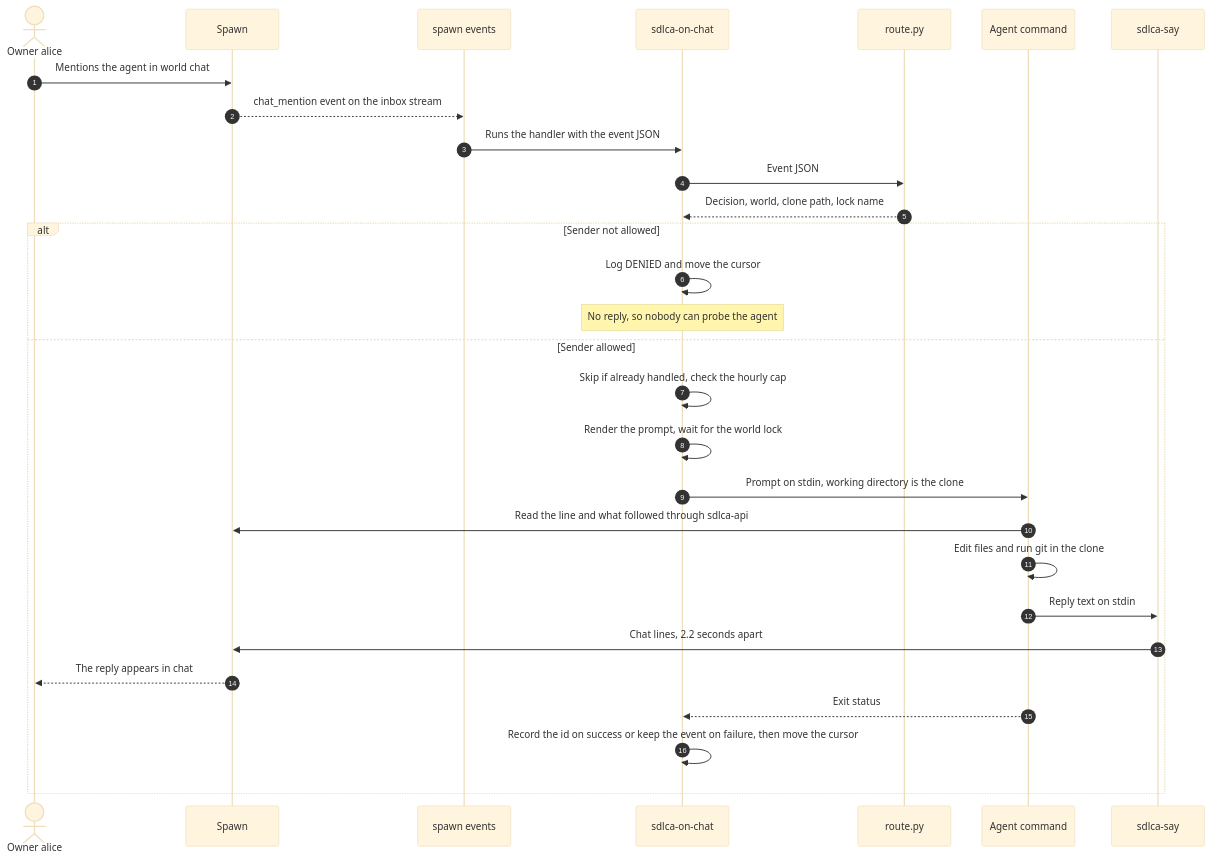
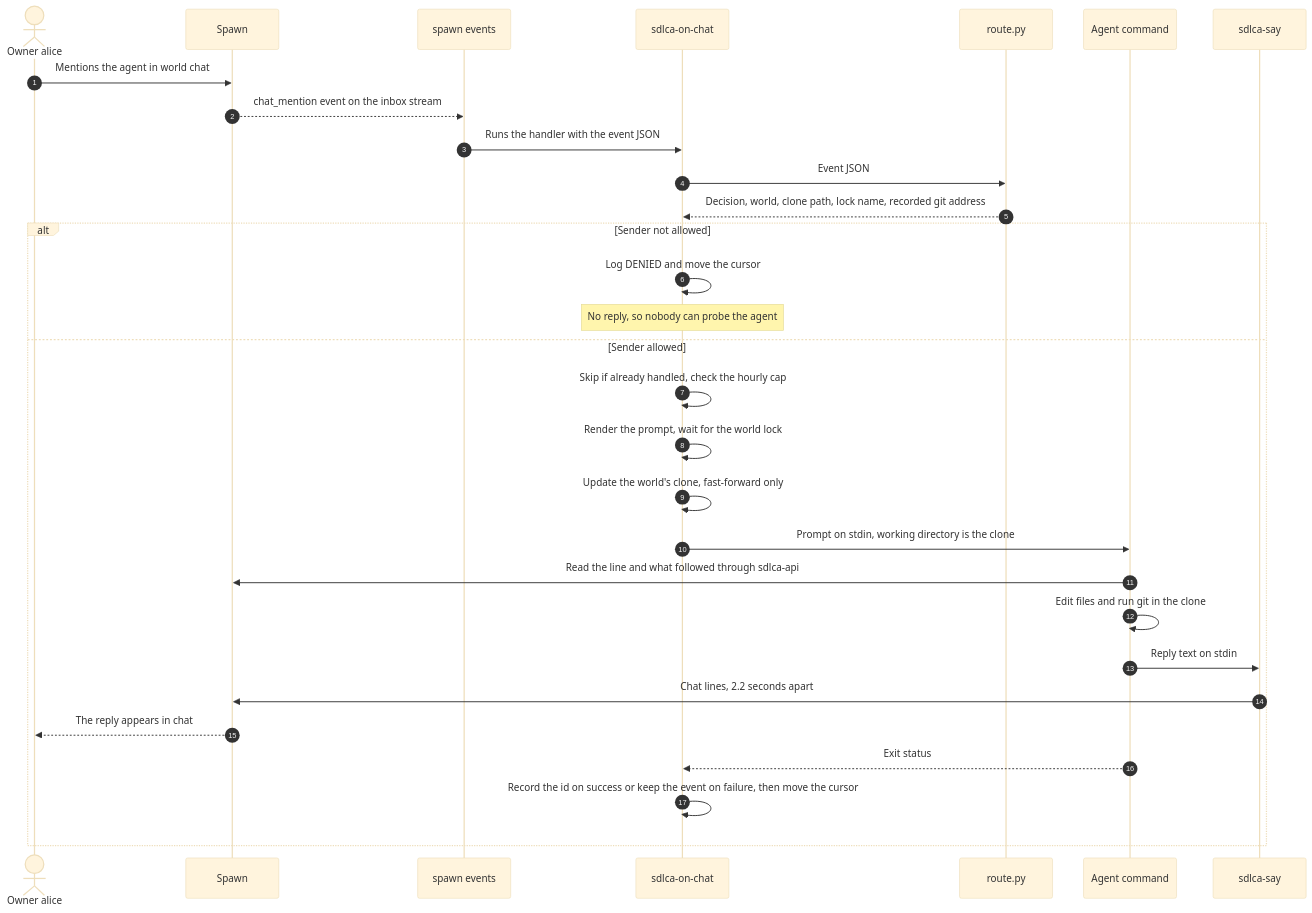
Before and after one commit to kdtix-open/sdlca-for-spawn: the second of 2 diagrams in docs/architecture.md, drawn with Mermaid (base theme). The commit also changed other lines of this file and 55 other files, not shown here.

````diff
--- a/docs/architecture.md
+++ b/docs/architecture.md
@@ -78,31 +83,32 @@
 ```mermaid
 sequenceDiagram
   autonumber
   actor Owner as Owner alice
   participant Spawn as Spawn
   participant Client as spawn events
   participant H as sdlca-on-chat
   participant R as route.py
   participant A as Agent command
   participant S as sdlca-say
   Owner->>Spawn: Mentions the agent in world chat
   Spawn-->>Client: chat_mention event on the inbox stream
   Client->>H: Runs the handler with the event JSON
   H->>R: Event JSON
-  R-->>H: Decision, world, clone path, lock name
+  R-->>H: Decision, world, clone path, lock name, recorded git address
   alt Sender not allowed
     H->>H: Log DENIED and move the cursor
     Note over H: No reply, so nobody can probe the agent
   else Sender allowed
     H->>H: Skip if already handled, check the hourly cap
     H->>H: Render the prompt, wait for the world lock
+    H->>H: Update the world's clone, fast-forward only
     H->>A: Prompt on stdin, working directory is the clone
     A->>Spawn: Read the line and what followed through sdlca-api
     A->>A: Edit files and run git in the clone
     A->>S: Reply text on stdin
     S->>Spawn: Chat lines, 2.2 seconds apart
     Spawn-->>Owner: The reply appears in chat
     A-->>H: Exit status
     H->>H: Record the id on success or keep the event on failure, then move the cursor
   end
 ```
````
